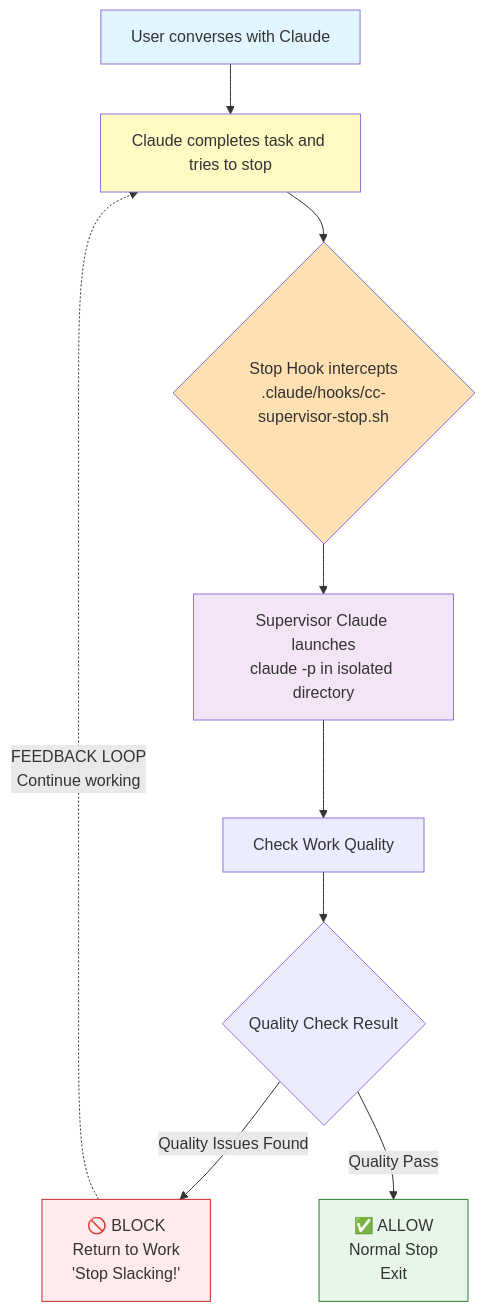
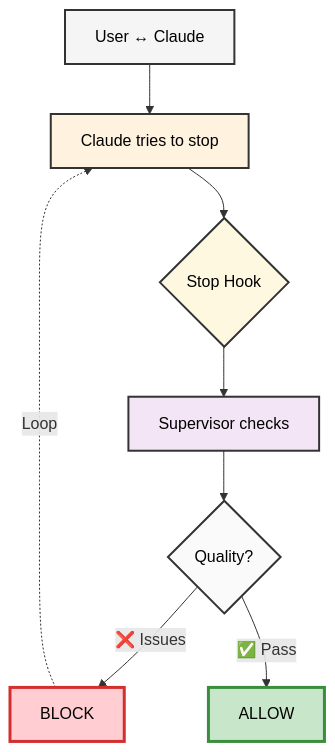
One commit to willkan/ho-cc-supervisor changed the diagram in README.md. Above: the diagram before and after it, drawn with Mermaid. The commit also changed 1 other file, not shown here.

Commit message:
docs: 优化Mermaid流程图可读性和大小
- 简化流程图使其更紧凑（TB布局）
- 改善颜色对比度（浅色背景+黑色文字）
- 使用统一的边框颜色增强可读性
- 简化节点文字使图表一次能看完
- 红绿色仅用于边框强调结果

🤖 Generated with [Claude Code](https://claude.ai/code)

````diff
--- a/README.md
+++ b/README.md
@@ -26,18 +26,18 @@
 ```mermaid
-flowchart TD
-    A[User converses with Claude] --> B[Claude completes task and tries to stop]
-    B --> C{Stop Hook intercepts<br/>.claude/hooks/cc-supervisor-stop.sh}
-    C --> D[Supervisor Claude launches<br/>claude -p in isolated directory]
-    D --> E[Check Work Quality]
-    E --> F{Quality Check Result}
-    F -->|Quality Issues Found| G[🚫 BLOCK<br/>Return to Work<br/>'Stop Slacking!']
-    F -->|Quality Pass| H[✅ ALLOW<br/>Normal Stop<br/>Exit]
-    G -.->|FEEDBACK LOOP<br/>Continue working| B
+flowchart TB
+    A[User ↔ Claude] --> B[Claude tries to stop]
+    B --> C{Stop Hook}
+    C --> D[Supervisor checks]
+    D --> E{Quality?}
+    E -->|❌ Issues| F[BLOCK]
+    E -->|✅ Pass| G[ALLOW]
+    F -.->|Loop| B
     
-    style A fill:#e1f5fe
-    style B fill:#fff9c4
-    style C fill:#ffe0b2
-    style D fill:#f3e5f5
-    style G fill:#ffebee,stroke:#c62828
-    style H fill:#e8f5e9,stroke:#2e7d32
+    style A fill:#f5f5f5,stroke:#333,stroke-width:2px,color:#000
+    style B fill:#fff3e0,stroke:#333,stroke-width:2px,color:#000
+    style C fill:#fff8e1,stroke:#333,stroke-width:2px,color:#000
+    style D fill:#f3e5f5,stroke:#333,stroke-width:2px,color:#000
+    style E fill:#fafafa,stroke:#333,stroke-width:2px,color:#000
+    style F fill:#ffcdd2,stroke:#d32f2f,stroke-width:3px,color:#000
+    style G fill:#c8e6c9,stroke:#388e3c,stroke-width:3px,color:#000
 ```
````
